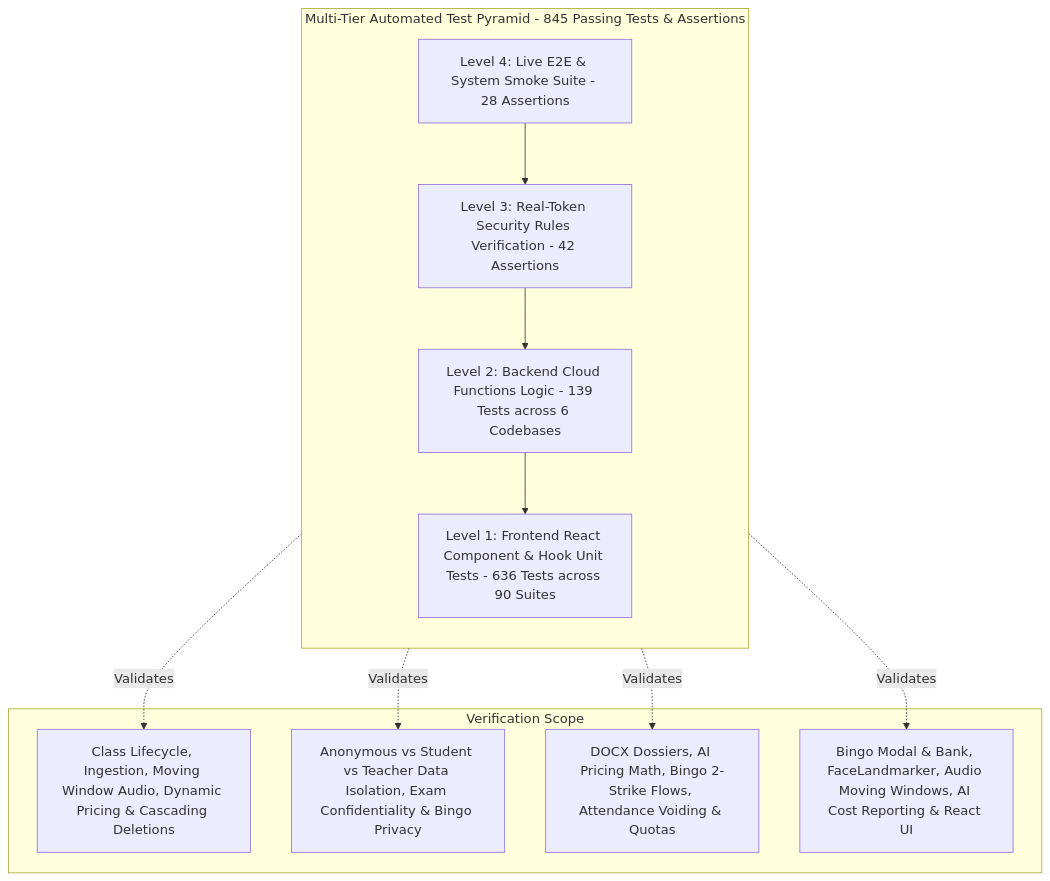
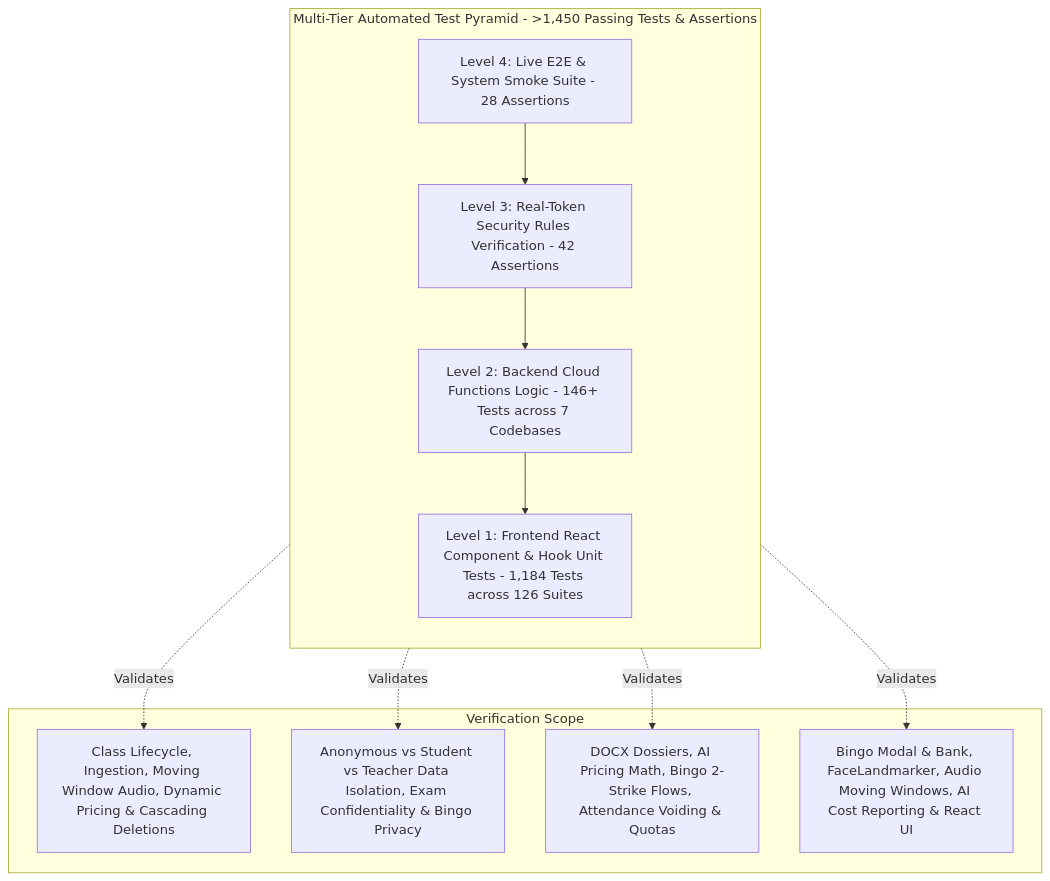
The diagram in docs/testing-strategy-and-coverage.md (wongcyrus/Google-AI-Classroom), drawn with Mermaid before and after one commit. The commit also changed other lines of this file and 24 other files, not shown here.

````diff
--- a/docs/testing-strategy-and-coverage.md
+++ b/docs/testing-strategy-and-coverage.md
@@ -31,19 +31,19 @@
 ```mermaid
 flowchart TD
-    subgraph Pyramid [Multi-Tier Automated Test Pyramid - 845 Passing Tests & Assertions]
+    subgraph Pyramid [Multi-Tier Automated Test Pyramid - >1,450 Passing Tests & Assertions]
         direction TB
         L4[Level 4: Live E2E & System Smoke Suite - 28 Assertions]
         L3[Level 3: Real-Token Security Rules Verification - 42 Assertions]
-        L2[Level 2: Backend Cloud Functions Logic - 139 Tests across 6 Codebases]
-        L1[Level 1: Frontend React Component & Hook Unit Tests - 636 Tests across 90 Suites]
+        L2[Level 2: Backend Cloud Functions Logic - 146+ Tests across 7 Codebases]
+        L1[Level 1: Frontend React Component & Hook Unit Tests - 1,184 Tests across 126 Suites]
         
         L4 --> L3 --> L2 --> L1
     end
 
     subgraph Details [Verification Scope]
         L4 -.->|Validates| D4[Class Lifecycle, Ingestion, Moving Window Audio, Dynamic Pricing & Cascading Deletions]
         L3 -.->|Validates| D3[Anonymous vs Student vs Teacher Data Isolation, Exam Confidentiality & Bingo Privacy]
         L2 -.->|Validates| D2[DOCX Dossiers, AI Pricing Math, Bingo 2-Strike Flows, Attendance Voiding & Quotas]
         L1 -.->|Validates| D1[Bingo Modal & Bank, FaceLandmarker, Audio Moving Windows, AI Cost Reporting & React UI]
     end
 ```
````
